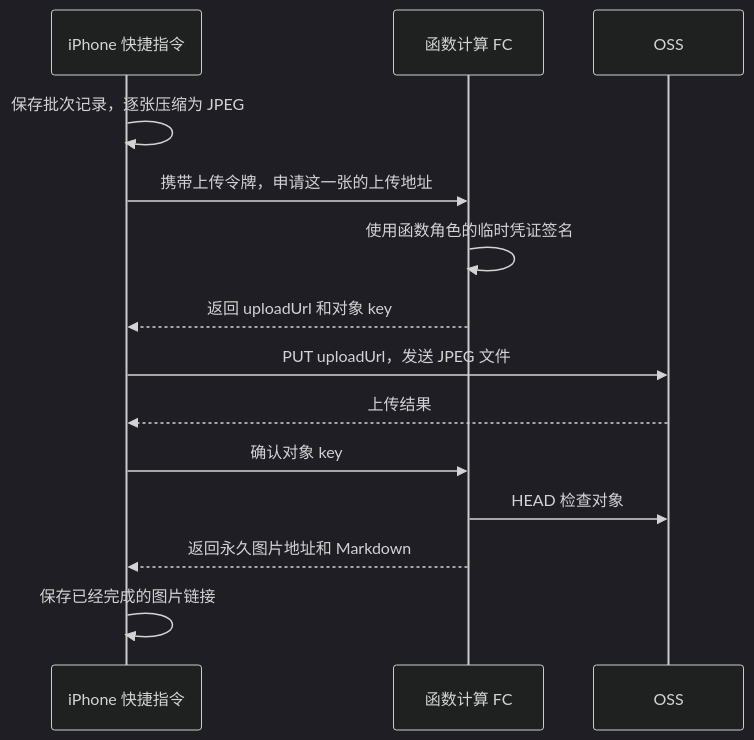
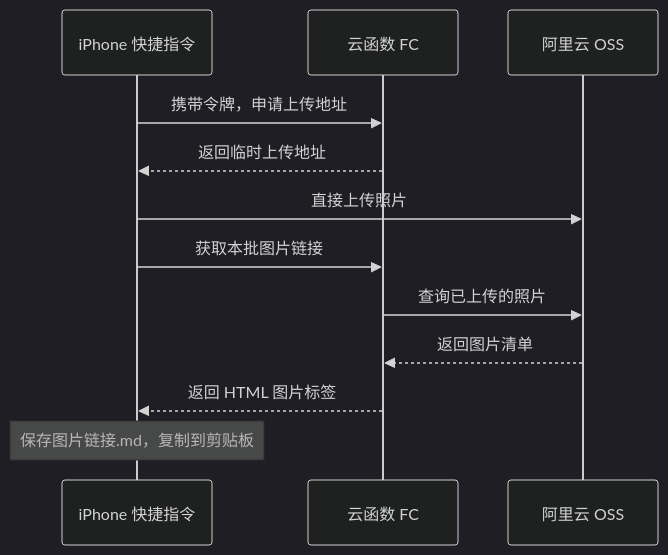
Before and after one commit to PersistentJZH/PersistentJZH.github.io: the diagram in docs/blog/技术/iPhone快捷指令批量上传照片到OSS.md, drawn with Mermaid (dark theme). The commit also changed other lines of this file and 1 other file, not shown here.

Commit message:
docs: refine iPhone OSS upload guide

````diff
--- a/docs/blog/技术/iPhone快捷指令批量上传照片到OSS.md
+++ b/docs/blog/技术/iPhone快捷指令批量上传照片到OSS.md
@@ -47,16 +19,14 @@
 ```mermaid
 sequenceDiagram
     participant P as iPhone 快捷指令
-    participant F as 函数计算 FC
-    participant O as OSS
-    P->>P: 保存批次记录，逐张压缩为 JPEG
-    P->>F: 携带上传令牌，申请这一张的上传地址
-    F->>F: 使用函数角色的临时凭证签名
-    F-->>P: 返回 uploadUrl 和对象 key
-    P->>O: PUT uploadUrl，发送 JPEG 文件
-    O-->>P: 上传结果
-    P->>F: 确认对象 key
-    F->>O: HEAD 检查对象
-    F-->>P: 返回永久图片地址和 Markdown
-    P->>P: 保存已经完成的图片链接
+    participant F as 云函数 FC
+    participant O as 阿里云 OSS
+    P->>F: 携带令牌，申请上传地址
+    F-->>P: 返回临时上传地址
+    P->>O: 直接上传照片
+    P->>F: 获取本批图片链接
+    F->>O: 查询已上传的照片
+    O-->>F: 返回图片清单
+    F-->>P: 返回 HTML 图片标签
+    Note over P: 保存图片链接.md，复制到剪贴板
 ```
````
